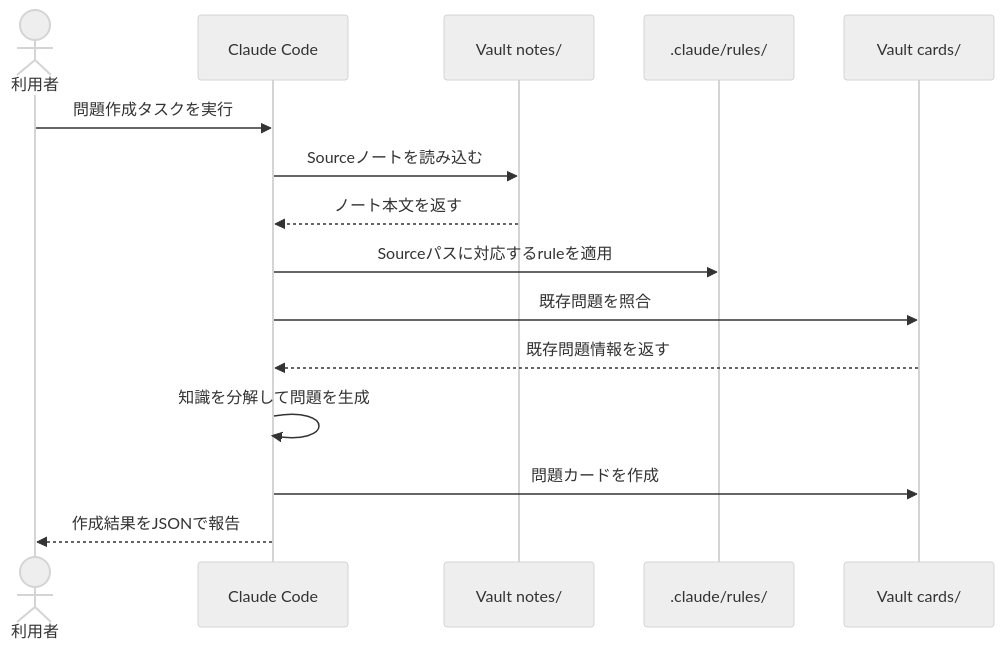
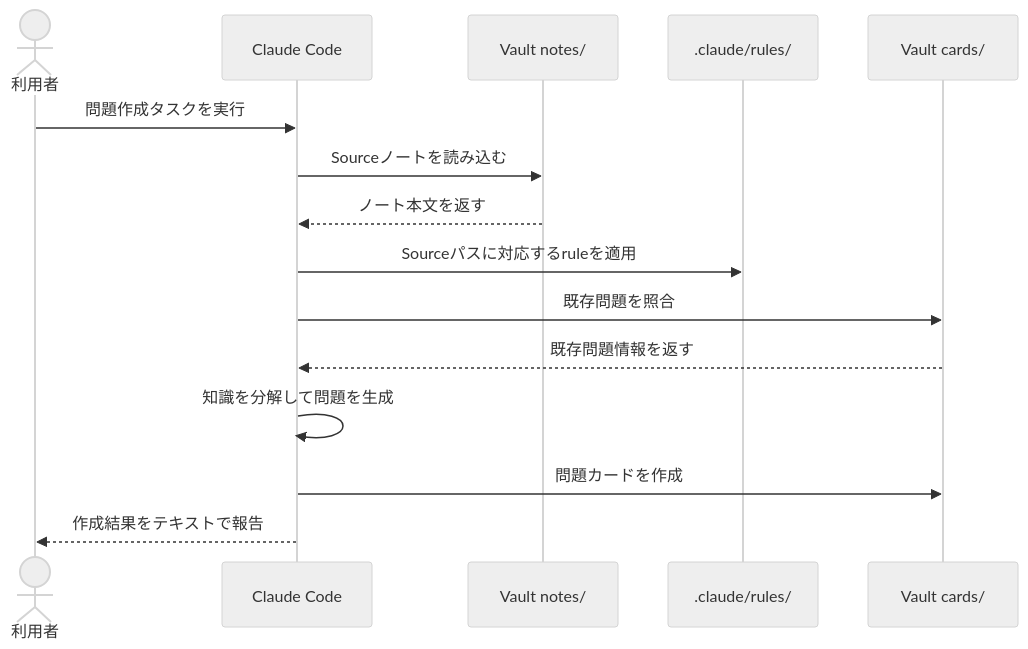
One commit to jun-tech-forge/obsidian-repository changed the second of 5 diagrams in .claude/doc/flashcard_workflow_spec.md. Above: the diagram before and after it, drawn with Mermaid (neutral theme). The commit also changed other lines of this file and 5 other files, not shown here.

````diff
--- a/.claude/doc/flashcard_workflow_spec.md
+++ b/.claude/doc/flashcard_workflow_spec.md
@@ -875,18 +875,18 @@
 ```mermaid
 sequenceDiagram
     actor User as 利用者
     participant CC as Claude Code
     participant V as Vault notes/
     participant R as .claude/rules/
     participant C as Vault cards/
 
     User->>CC: 問題作成タスクを実行
     CC->>V: Sourceノートを読み込む
     V-->>CC: ノート本文を返す
     CC->>R: Sourceパスに対応するruleを適用
     CC->>C: 既存問題を照合
     C-->>CC: 既存問題情報を返す
     CC->>CC: 知識を分解して問題を生成
     CC->>C: 問題カードを作成
-    CC-->>User: 作成結果をJSONで報告
+    CC-->>User: 作成結果をテキストで報告
 ```
````
